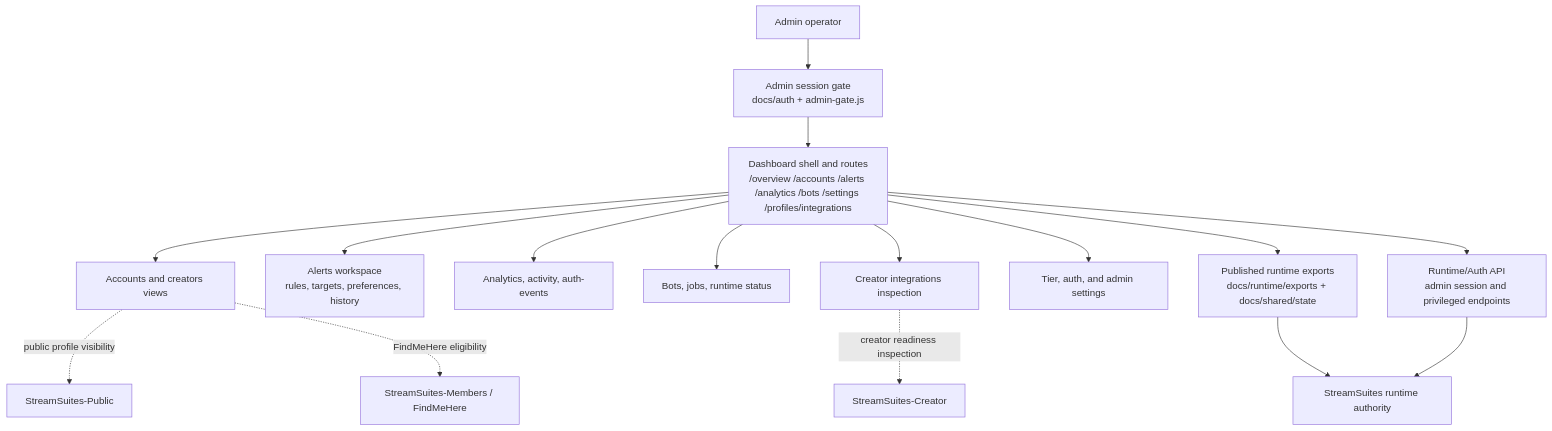
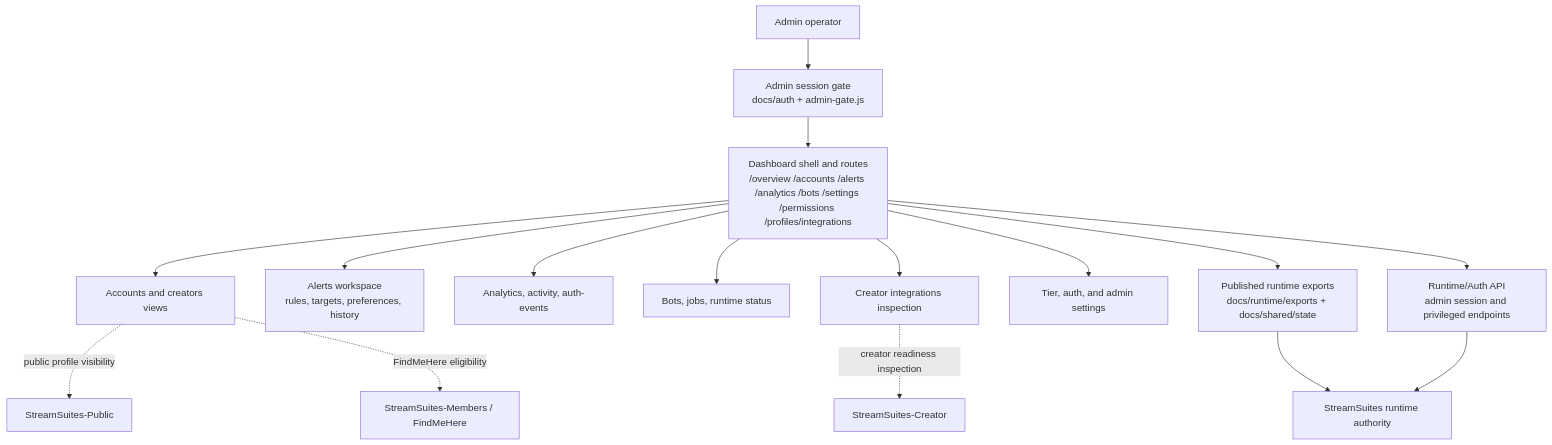
Before and after one commit to BSMediaGroup/StreamSuites-Dashboard: the diagram in README.md, drawn with Mermaid. The commit also changed other lines of this file and 14 other files, not shown here.

````diff
--- a/README.md
+++ b/README.md
@@ -22,21 +22,21 @@
 ```mermaid
 flowchart TD
     Admin["Admin operator"] --> Gate["Admin session gate<br/>docs/auth + admin-gate.js"]
-    Gate --> Shell["Dashboard shell and routes<br/>/overview /accounts /alerts /analytics /bots /settings /profiles/integrations"]
+    Gate --> Shell["Dashboard shell and routes<br/>/overview /accounts /alerts /analytics /bots /settings /permissions /profiles/integrations"]
 
     Shell --> Accounts["Accounts and creators views"]
     Shell --> Alerts["Alerts workspace<br/>rules, targets, preferences, history"]
     Shell --> Analytics["Analytics, activity, auth-events"]
     Shell --> Bots["Bots, jobs, runtime status"]
     Shell --> Integrations["Creator integrations inspection"]
     Shell --> Settings["Tier, auth, and admin settings"]
 
     Shell --> RuntimeExports["Published runtime exports<br/>docs/runtime/exports + docs/shared/state"]
     Shell --> Auth["Runtime/Auth API<br/>admin session and privileged endpoints"]
     RuntimeExports --> Runtime["StreamSuites runtime authority"]
     Auth --> Runtime
 
     Accounts -. public profile visibility .-> Public["StreamSuites-Public"]
     Accounts -. FindMeHere eligibility .-> Members["StreamSuites-Members / FindMeHere"]
     Integrations -. creator readiness inspection .-> Creator["StreamSuites-Creator"]
 ```
````
